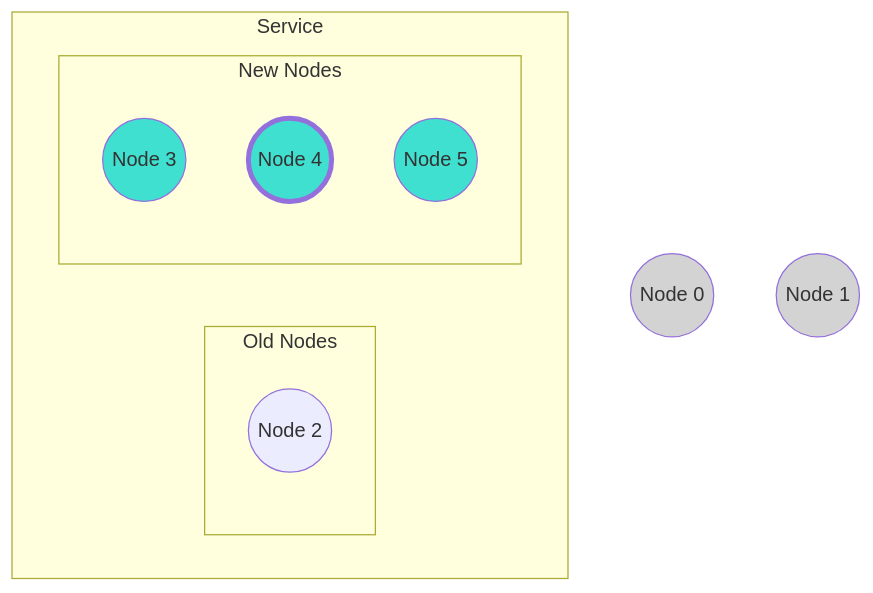
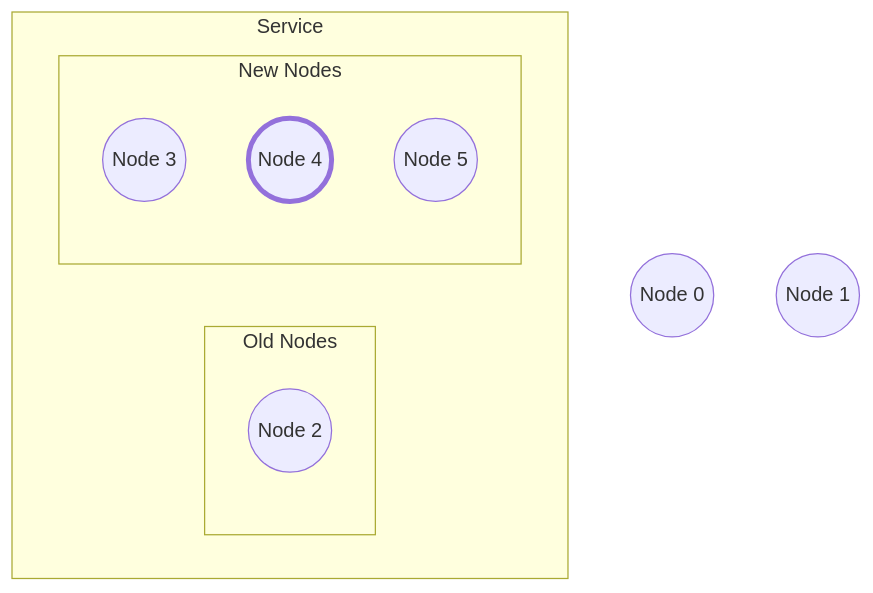
The fourth of 6 diagrams in doc/operations/code_upgrade.rst (microsoft/CCF), drawn with Mermaid before and after one commit. The commit also changed other lines of this file and 27 other files, not shown here.

```diff
--- a/doc/operations/code_upgrade.rst
+++ b/doc/operations/code_upgrade.rst
@@ -104,27 +94,20 @@
 .. mermaid::
 
     graph TB;
-        classDef NewNode fill:Turquoise
-        classDef RetiredNode fill:LightGray
         classDef Primary stroke-width:4px
 
         Node0((Node 0))
         Node1((Node 1))
-        class Node0 RetiredNode
-        class Node1 RetiredNode
 
         subgraph Service
             subgraph Old Nodes
                 Node2((Node 2))
             end
 
             subgraph New Nodes
                 Node3((Node 3))
                 Node4((Node 4))
                 class Node4 Primary
                 Node5((Node 5))
-                class Node3 NewNode
-                class Node4 NewNode
-                class Node5 NewNode
             end
         end
```
